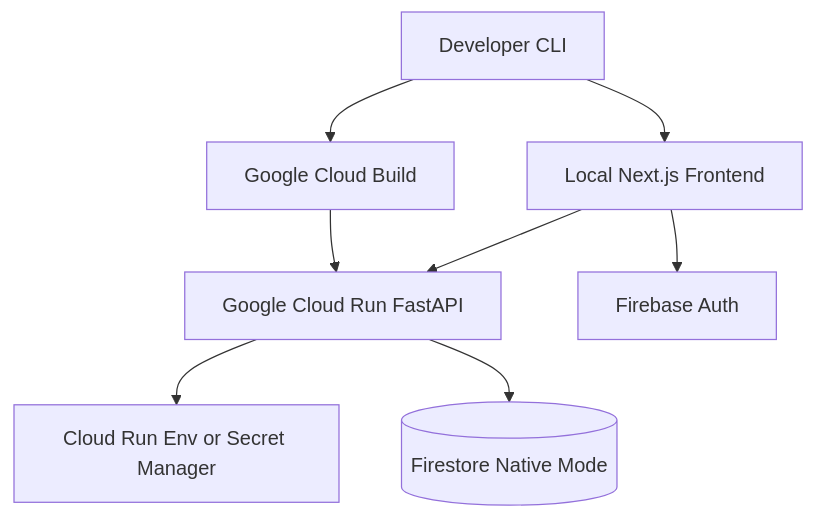
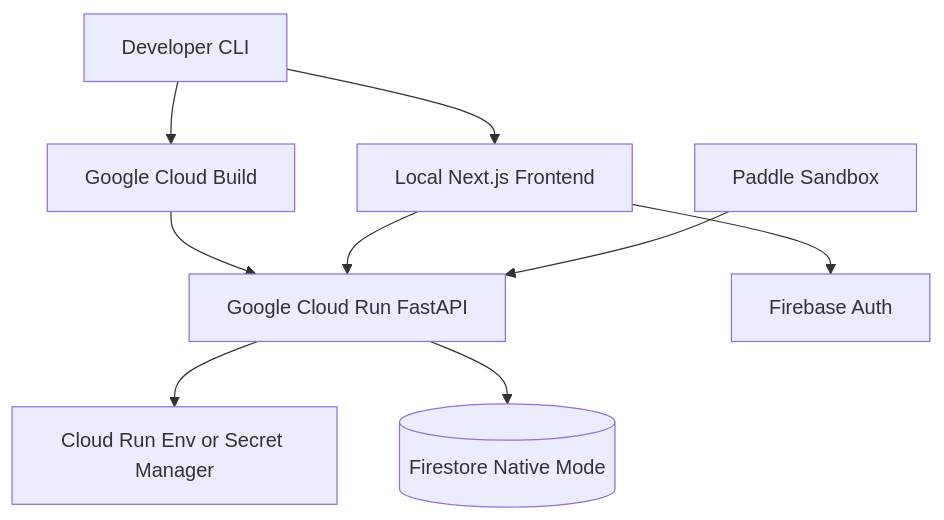
One commit to salkhan-ops/rehearseai changed the second of 2 diagrams in docs/architecture.md. Above: the diagram before and after it, drawn with Mermaid. The commit also changed other lines of this file and 24 other files, not shown here.

````diff
--- a/docs/architecture.md
+++ b/docs/architecture.md
@@ -241,10 +280,11 @@
 ```mermaid
 flowchart TB
   Developer[Developer CLI] --> Frontend[Local Next.js Frontend]
-  Developer[Developer CLI] --> CloudBuild[Google Cloud Build]
+  Developer --> CloudBuild[Google Cloud Build]
   CloudBuild --> CloudRun[Google Cloud Run FastAPI]
   CloudRun --> SecretManager[Cloud Run Env or Secret Manager]
   CloudRun --> Firestore[(Firestore Native Mode)]
   Frontend --> CloudRun
   Frontend --> Firebase[Firebase Auth]
+  PaddleSandbox[Paddle Sandbox] --> CloudRun
 ```
````
